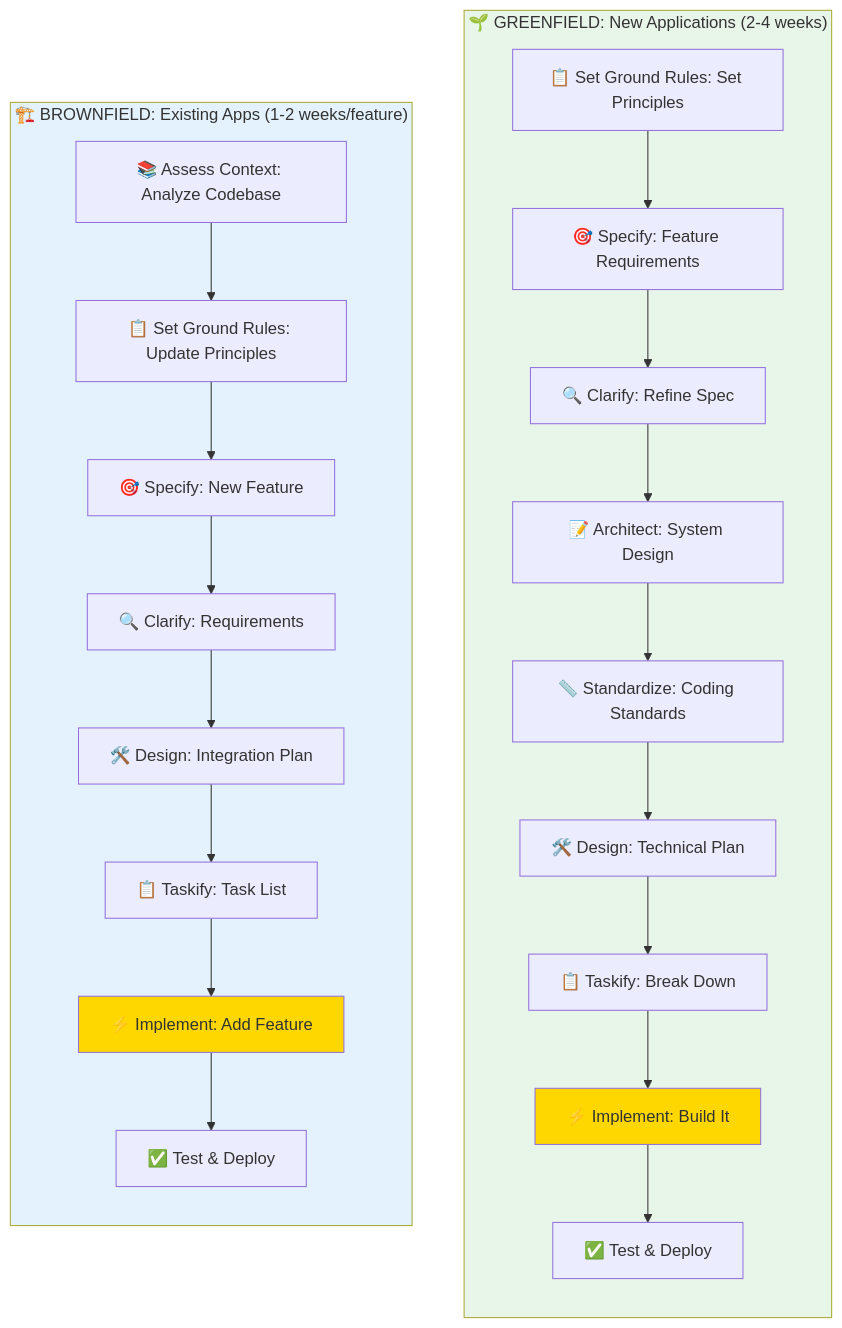
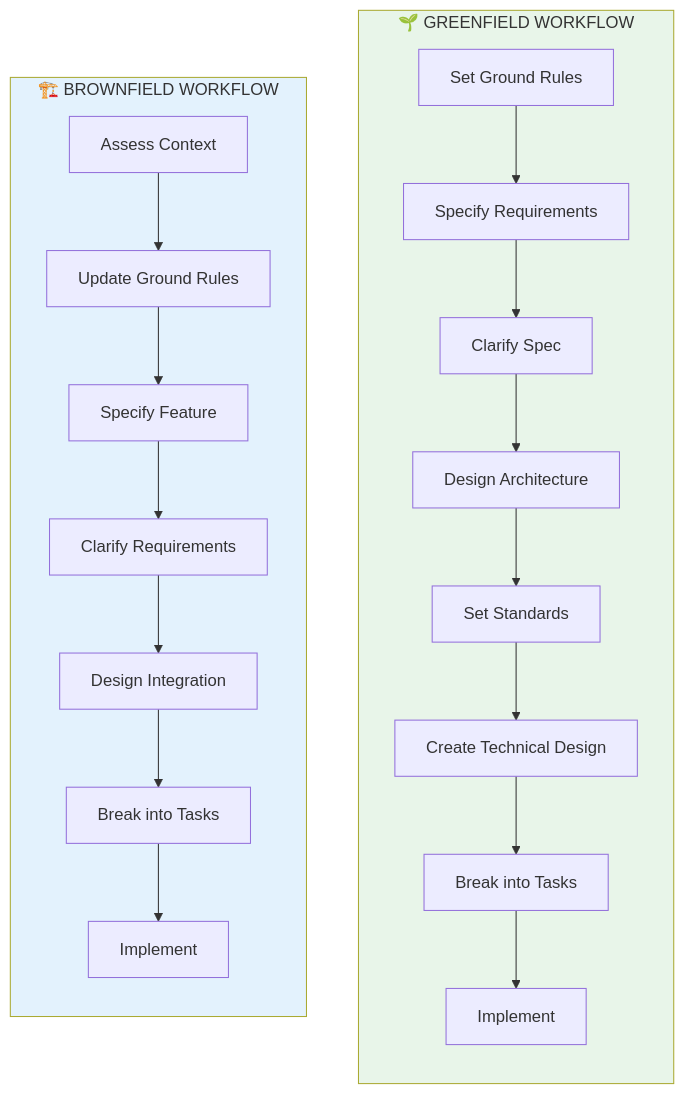
One commit to DauQuangThanh/vinh-phoenix changed the diagram in README.md. Above: the diagram before and after it, drawn with Mermaid. The commit also changed other lines of this file, not shown here.

````diff
--- a/README.md
+++ b/README.md
@@ -449,30 +318,26 @@
 ```mermaid
 flowchart TB
-    subgraph Greenfield["🌱 GREENFIELD: New Applications (2-4 weeks)"]
+    subgraph Greenfield["🌱 GREENFIELD WORKFLOW"]
         direction TB
-        GF1[📋 Set Ground Rules: Set Principles] --> GF2[🎯 Specify: Feature Requirements]
-        GF2 --> GF3[🔍 Clarify: Refine Spec]
-        GF3 --> GF4[📝 Architect: System Design]
-        GF4 --> GF5[📏 Standardize: Coding Standards]
-        GF5 --> GF6[🛠️ Design: Technical Plan]
-        GF6 --> GF7[📋 Taskify: Break Down]
-        GF7 --> GF8[⚡ Implement: Build It]
-        GF8 --> GF9[✅ Test & Deploy]
+        GF1[Set Ground Rules] --> GF2[Specify Requirements]
+        GF2 --> GF3[Clarify Spec]
+        GF3 --> GF4[Design Architecture]
+        GF4 --> GF5[Set Standards]
+        GF5 --> GF6[Create Technical Design]
+        GF6 --> GF7[Break into Tasks]
+        GF7 --> GF8[Implement]
     end
     
-    subgraph Brownfield["🏗️ BROWNFIELD: Existing Apps (1-2 weeks/feature)"]
+    subgraph Brownfield["🏗️ BROWNFIELD WORKFLOW"]
         direction TB
-        BF1[📚 Assess Context: Analyze Codebase] --> BF2[📋 Set Ground Rules: Update Principles]
-        BF2 --> BF3[🎯 Specify: New Feature]
-        BF3 --> BF4[🔍 Clarify: Requirements]
-        BF4 --> BF5[🛠️ Design: Integration Plan]
-        BF5 --> BF6[📋 Taskify: Task List]
-        BF6 --> BF7[⚡ Implement: Add Feature]
-        BF7 --> BF8[✅ Test & Deploy]
+        BF1[Assess Context] --> BF2[Update Ground Rules]
+        BF2 --> BF3[Specify Feature]
+        BF3 --> BF4[Clarify Requirements]
+        BF4 --> BF5[Design Integration]
+        BF5 --> BF6[Break into Tasks]
+        BF6 --> BF7[Implement]
     end
     
     style Greenfield fill:#E8F5E9
     style Brownfield fill:#E3F2FD
-    style GF8 fill:#FFD700
-    style BF7 fill:#FFD700
 ```
````
